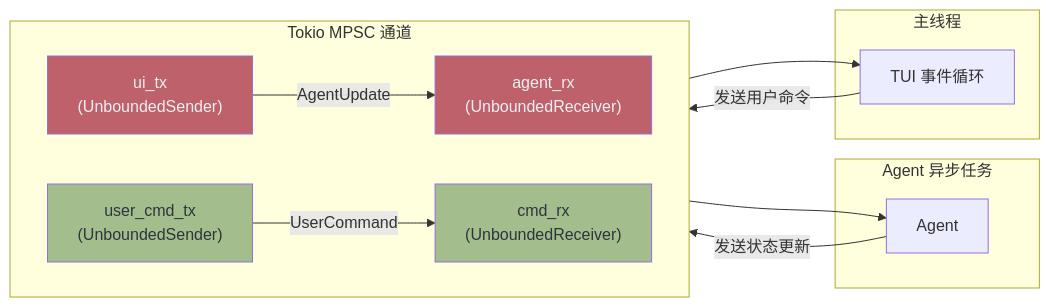
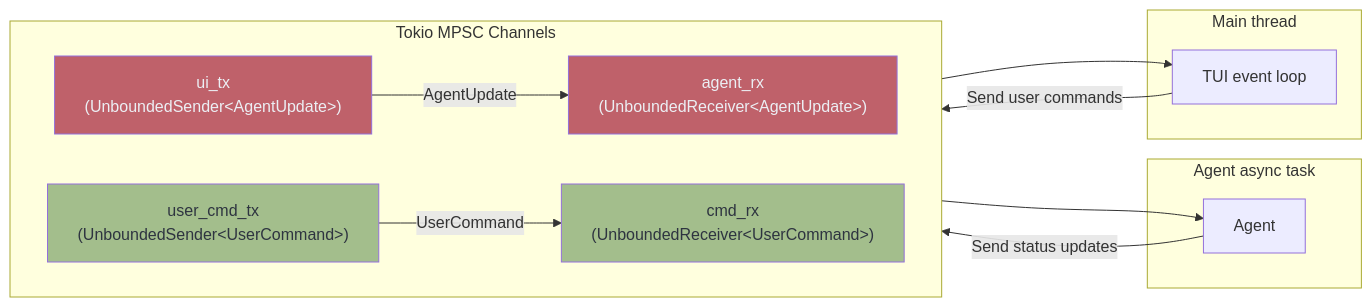
Before and after one commit to Rg0x80/tact: the seventh of 8 diagrams in ARCHITECTURE.md, drawn with Mermaid. The commit also changed other lines of this file and 50 other files, not shown here.

````diff
--- a/ARCHITECTURE.md
+++ b/ARCHITECTURE.md
@@ -226,31 +226,31 @@
 ```mermaid
 flowchart LR
-    subgraph Channels["Tokio MPSC 通道"]
+    subgraph Channels["Tokio MPSC Channels"]
         direction LR
-        TX1["ui_tx<br/>(UnboundedSender<AgentUpdate>)"]
-        RX1["agent_rx<br/>(UnboundedReceiver<AgentUpdate>)"]
-        TX2["user_cmd_tx<br/>(UnboundedSender<UserCommand>)"]
-        RX2["cmd_rx<br/>(UnboundedReceiver<UserCommand>)"]
+        TX1["ui_tx<br/>(UnboundedSender&lt;AgentUpdate&gt;)"]
+        RX1["agent_rx<br/>(UnboundedReceiver&lt;AgentUpdate&gt;)"]
+        TX2["user_cmd_tx<br/>(UnboundedSender&lt;UserCommand&gt;)"]
+        RX2["cmd_rx<br/>(UnboundedReceiver&lt;UserCommand&gt;)"]
     end
 
-    subgraph AgentTask["Agent 异步任务"]
+    subgraph AgentTask["Agent async task"]
         A["Agent"]
     end
 
-    subgraph MainThread["主线程"]
-        TUI["TUI 事件循环"]
+    subgraph MainThread["Main thread"]
+        TUI["TUI event loop"]
     end
 
-    A -- "发送状态更新" --> TX1
+    A -- "Send status updates" --> TX1
     TX1 -- "AgentUpdate" --> RX1
     RX1 --> TUI
 
-    TUI -- "发送用户命令" --> TX2
+    TUI -- "Send user commands" --> TX2
     TX2 -- "UserCommand" --> RX2
     RX2 --> A
 
     style TX1 fill:#bf616a,color:#eceff4
     style RX1 fill:#bf616a,color:#eceff4
     style TX2 fill:#a3be8c,color:#2e3440
     style RX2 fill:#a3be8c,color:#2e3440
 ```
````
